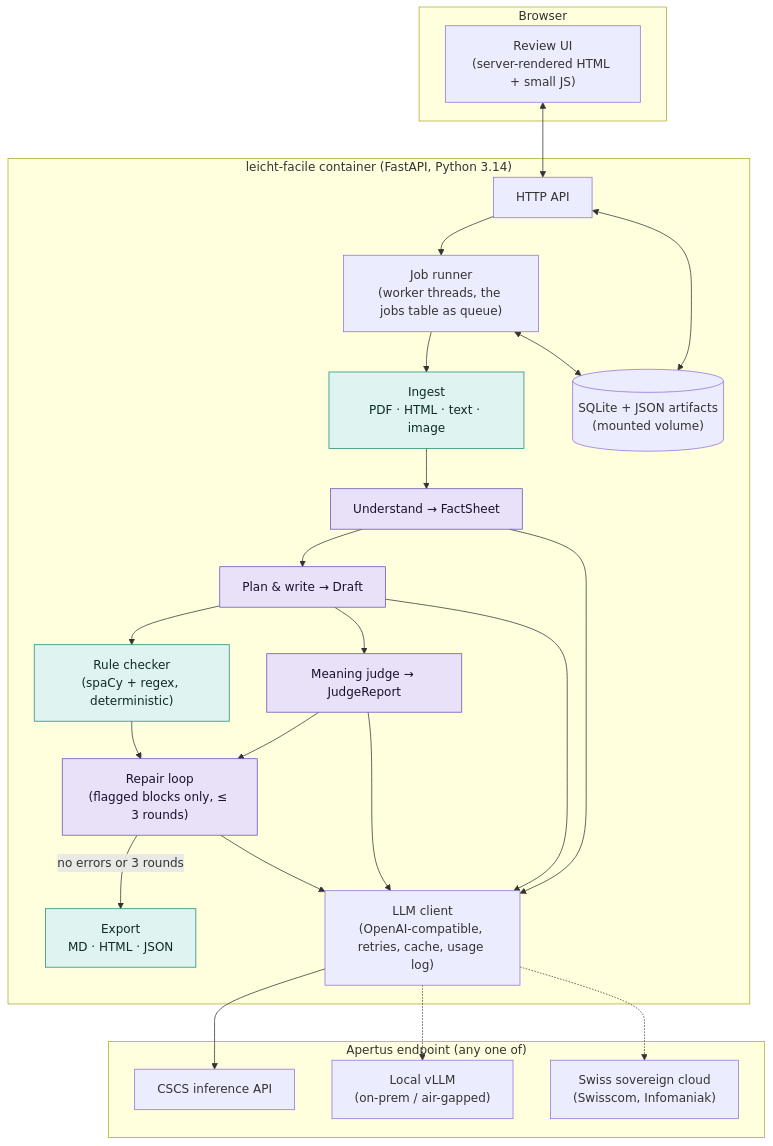
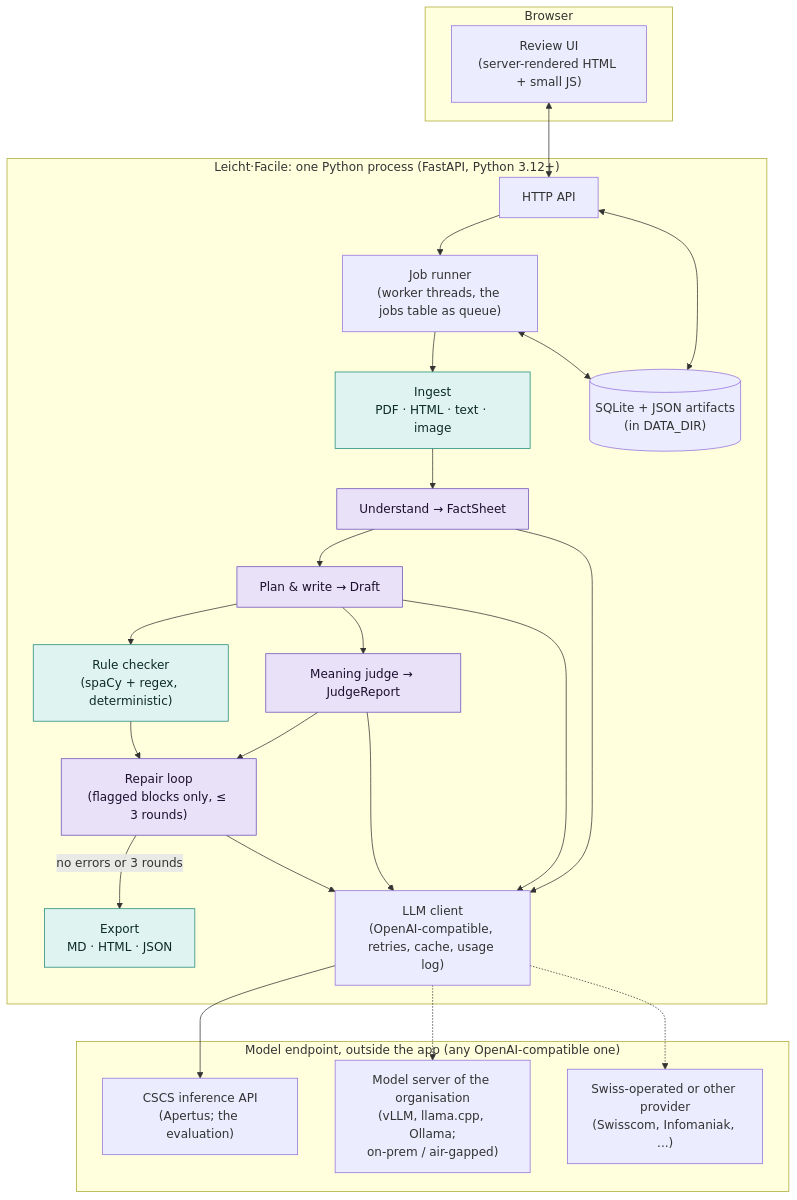
One commit to bobrovsky420/leicht-facile changed the diagram in docs/architecture.md. Above: the diagram before and after it, drawn with Mermaid. The commit also changed other lines of this file and 49 other files, not shown here.

````diff
--- a/docs/architecture.md
+++ b/docs/architecture.md
@@ -82,43 +88,43 @@
 ```mermaid
 flowchart TB
     subgraph client["Browser"]
         UI["Review UI<br/>(server-rendered HTML + small JS)"]
     end
 
-    subgraph app["leicht-facile container (FastAPI, Python 3.14)"]
+    subgraph app["Leicht·Facile: one Python process (FastAPI, Python 3.12+)"]
         API["HTTP API"]
         Q["Job runner<br/>(worker threads, the jobs table as queue)"]
         ING["Ingest<br/>PDF · HTML · text · image"]
         UND["Understand → FactSheet"]
         WRI["Plan & write → Draft"]
         RUL["Rule checker<br/>(spaCy + regex, deterministic)"]
         JUD["Meaning judge → JudgeReport"]
         REP["Repair loop<br/>(flagged blocks only, ≤ 3 rounds)"]
         EXP["Export<br/>MD · HTML · JSON"]
-        DB[("SQLite + JSON artifacts<br/>(mounted volume)")]
+        DB[("SQLite + JSON artifacts<br/>(in DATA_DIR)")]
         LLM["LLM client<br/>(OpenAI-compatible, retries, cache, usage log)"]
     end
 
-    subgraph model["Apertus endpoint (any one of)"]
-        CSCS["CSCS inference API"]
-        VLLM["Local vLLM<br/>(on-prem / air-gapped)"]
-        SC["Swiss sovereign cloud<br/>(Swisscom, Infomaniak)"]
+    subgraph model["Model endpoint, outside the app (any OpenAI-compatible one)"]
+        CSCS["CSCS inference API<br/>(Apertus; the evaluation)"]
+        VLLM["Model server of the organisation<br/>(vLLM, llama.cpp, Ollama;<br/>on-prem / air-gapped)"]
+        SC["Swiss-operated or other provider<br/>(Swisscom, Infomaniak, ...)"]
     end
 
     UI <--> API
     API --> Q
     Q --> ING --> UND --> WRI --> RUL --> REP
     WRI --> JUD --> REP
     REP -->|no errors or 3 rounds| EXP
     UND & WRI & JUD & REP --> LLM
     LLM --> CSCS
     LLM -.-> VLLM
     LLM -.-> SC
     Q <--> DB
     API <--> DB
 
     classDef ai fill:#e9e1f7,stroke:#6b4fbb,color:#1b1030
     classDef code fill:#dff3f0,stroke:#1f8a7a,color:#0d2b27
     class UND,WRI,JUD,REP ai
     class ING,RUL,EXP code
 ```
````
